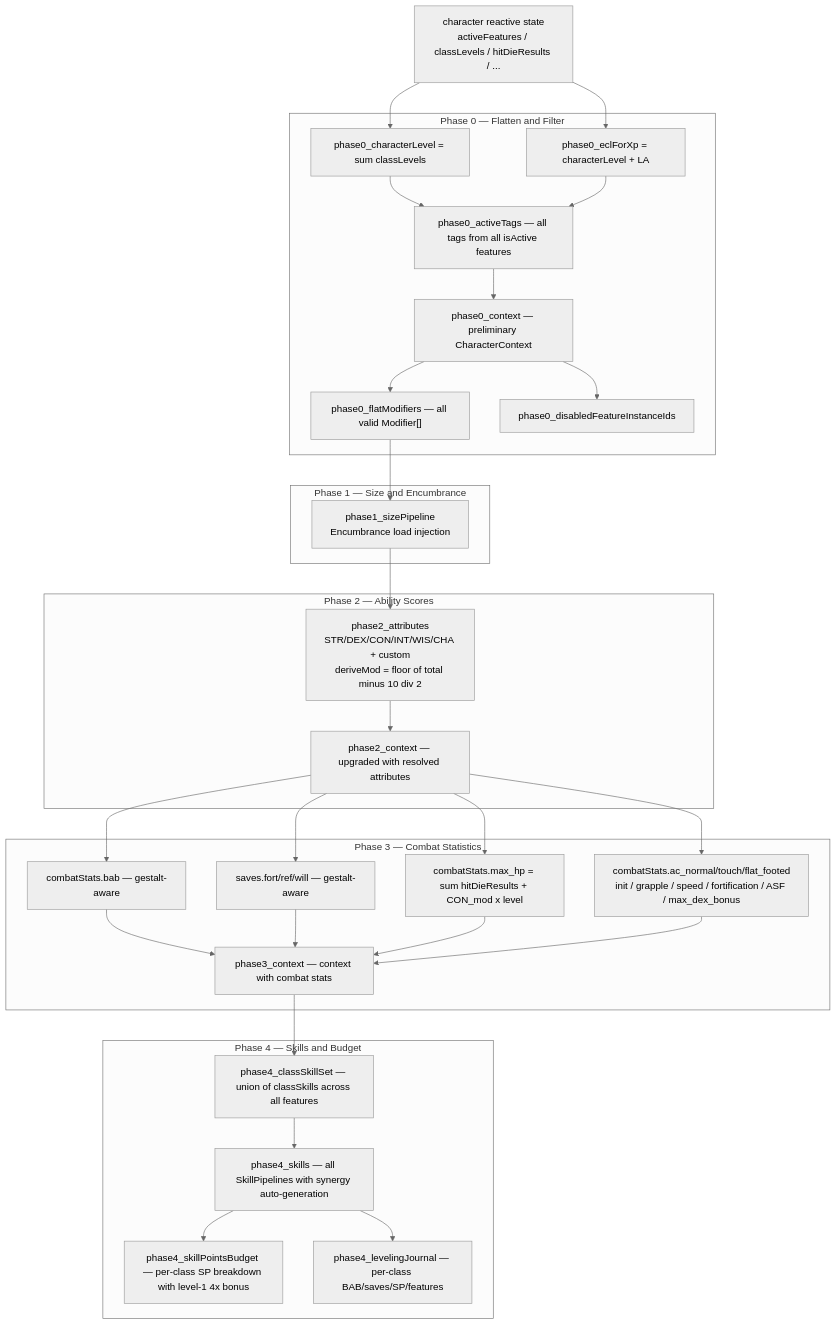
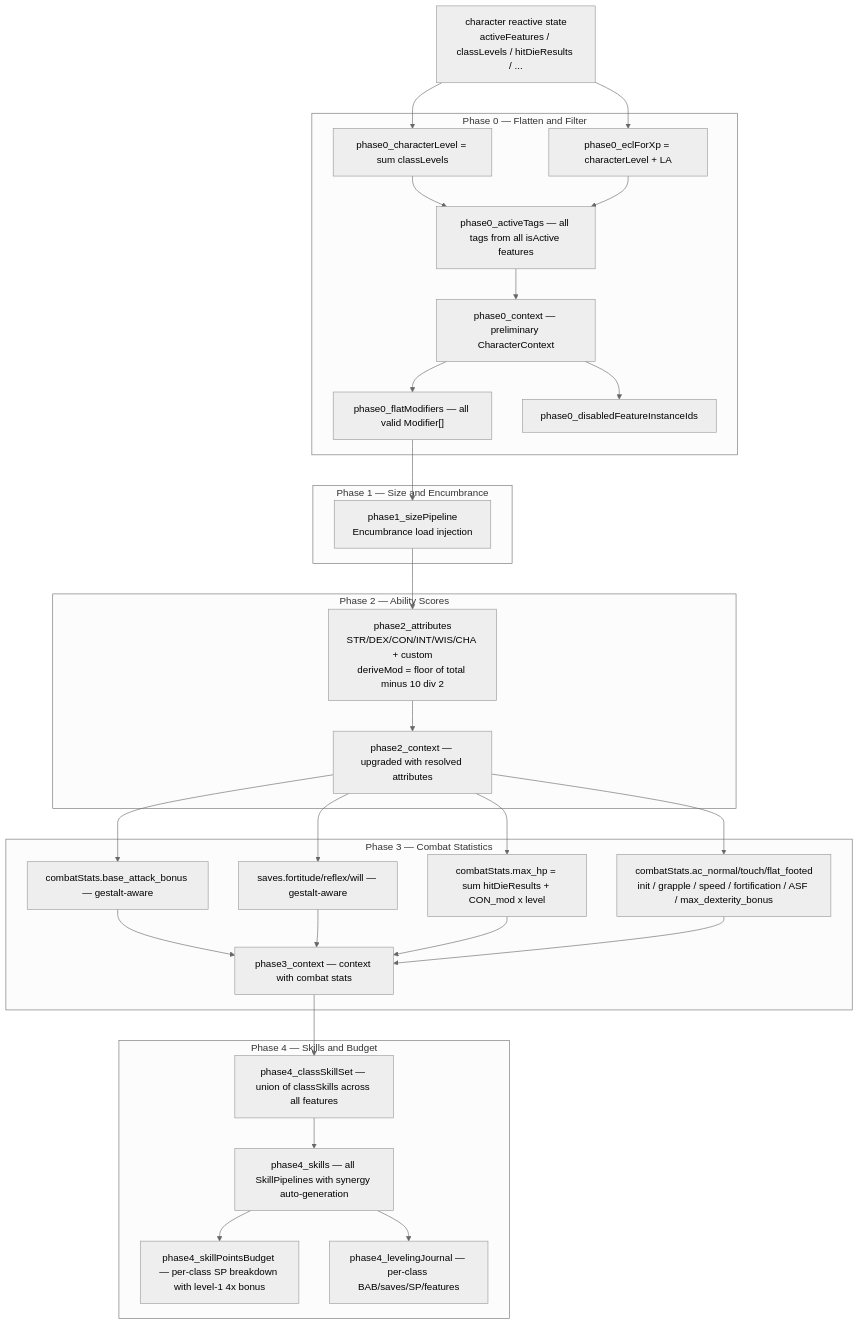
One commit to tartampluch/character-vault changed the third of 5 diagrams in ARCHITECTURE.md. Above: the diagram before and after it, drawn with Mermaid (neutral theme). The commit also changed other lines of this file and 75 other files, not shown here.

````diff
--- a/ARCHITECTURE.md
+++ b/ARCHITECTURE.md
@@ -1746,43 +1746,43 @@
 ```mermaid
 flowchart TD
     INPUT[character reactive state<br/>activeFeatures / classLevels / hitDieResults / ...]
 
     subgraph "Phase 0 — Flatten and Filter"
         P0C[phase0_characterLevel = sum classLevels]
         P0ECL[phase0_eclForXp = characterLevel + LA]
         P0TAGS[phase0_activeTags — all tags from all isActive features]
         P0CTX[phase0_context — preliminary CharacterContext]
         P0FLAT[phase0_flatModifiers — all valid Modifier#91;#93;]
         P0DIS[phase0_disabledFeatureInstanceIds]
     end
 
     subgraph "Phase 1 — Size and Encumbrance"
         P1[phase1_sizePipeline<br/>Encumbrance load injection]
     end
 
     subgraph "Phase 2 — Ability Scores"
         P2ATTRS[phase2_attributes<br/>STR/DEX/CON/INT/WIS/CHA + custom<br/>deriveMod = floor of total minus 10 div 2]
         P2CTX[phase2_context — upgraded with resolved attributes]
     end
 
     subgraph "Phase 3 — Combat Statistics"
-        P3BAB[combatStats.bab — gestalt-aware]
-        P3SAVES[saves.fort/ref/will — gestalt-aware]
+        P3BAB[combatStats.base_attack_bonus — gestalt-aware]
+        P3SAVES[saves.fortitude/reflex/will — gestalt-aware]
         P3HP[combatStats.max_hp = sum hitDieResults + CON_mod x level]
-        P3AC[combatStats.ac_normal/touch/flat_footed<br/>init / grapple / speed / fortification / ASF / max_dex_bonus]
+        P3AC[combatStats.ac_normal/touch/flat_footed<br/>init / grapple / speed / fortification / ASF / max_dexterity_bonus]
         P3CTX[phase3_context — context with combat stats]
     end
 
     subgraph "Phase 4 — Skills and Budget"
         P4CS[phase4_classSkillSet — union of classSkills across all features]
         P4SKILLS[phase4_skills — all SkillPipelines with synergy auto-generation]
         P4BUDGET[phase4_skillPointsBudget — per-class SP breakdown with level-1 4x bonus]
         P4JOURNAL[phase4_levelingJournal — per-class BAB/saves/SP/features]
     end
 
     INPUT --> P0C & P0ECL
     P0C & P0ECL --> P0TAGS --> P0CTX --> P0FLAT & P0DIS
     P0FLAT --> P1 --> P2ATTRS --> P2CTX
     P2CTX --> P3BAB & P3SAVES & P3HP & P3AC --> P3CTX
     P3CTX --> P4CS --> P4SKILLS --> P4BUDGET & P4JOURNAL
 ```
````
